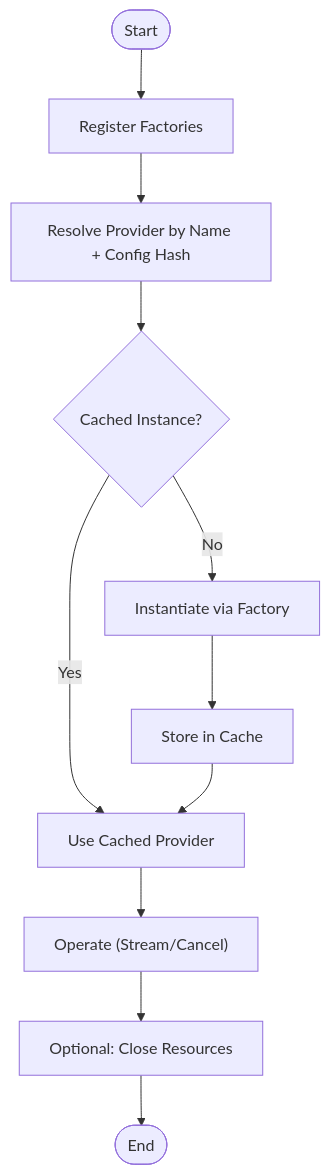
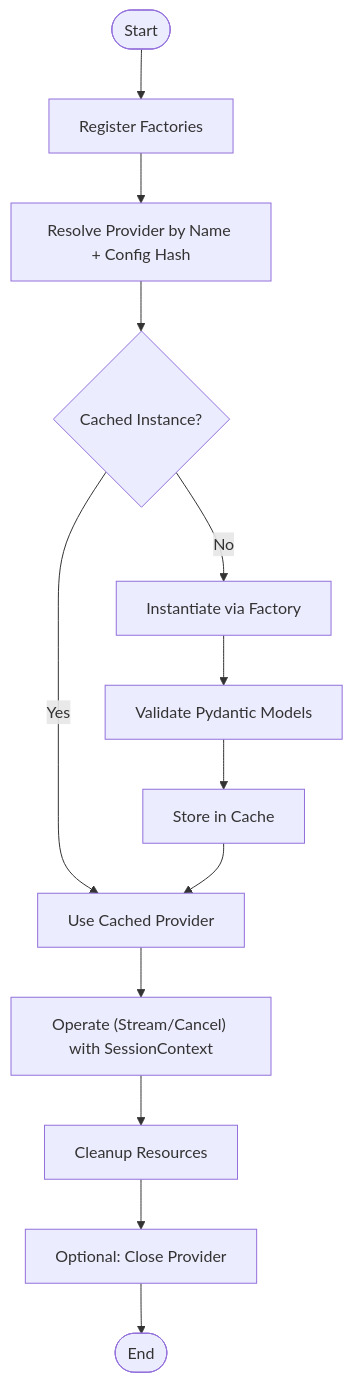
Before and after one commit to vashkelis/call-server: the fourth of 5 diagrams in .qoder/repowiki/en/content/Core Services/Provider-Gateway Service/Python Provider Framework.md, drawn with Mermaid. The commit also changed other lines of this file and 16 other files, not shown here.

````diff
--- a/.qoder/repowiki/en/content/Core Services/Provider-Gateway Service/Python Provider Framework.md
+++ b/.qoder/repowiki/en/content/Core Services/Provider-Gateway Service/Python Provider Framework.md
@@ -279,13 +381,15 @@
 ```mermaid
 flowchart TD
 Start(["Start"]) --> Register["Register Factories"]
 Register --> Resolve["Resolve Provider by Name + Config Hash"]
 Resolve --> CacheHit{"Cached Instance?"}
 CacheHit --> |Yes| Use["Use Cached Provider"]
 CacheHit --> |No| Create["Instantiate via Factory"]
-Create --> Cache["Store in Cache"]
+Create --> Validate["Validate Pydantic Models"]
+Validate --> Cache["Store in Cache"]
 Cache --> Use
-Use --> Operate["Operate (Stream/Cancel)"]
-Operate --> Close["Optional: Close Resources"]
+Use --> Operate["Operate (Stream/Cancel) with SessionContext"]
+Operate --> Cleanup["Cleanup Resources"]
+Cleanup --> Close["Optional: Close Provider"]
 Close --> End(["End"])
 ```
````
